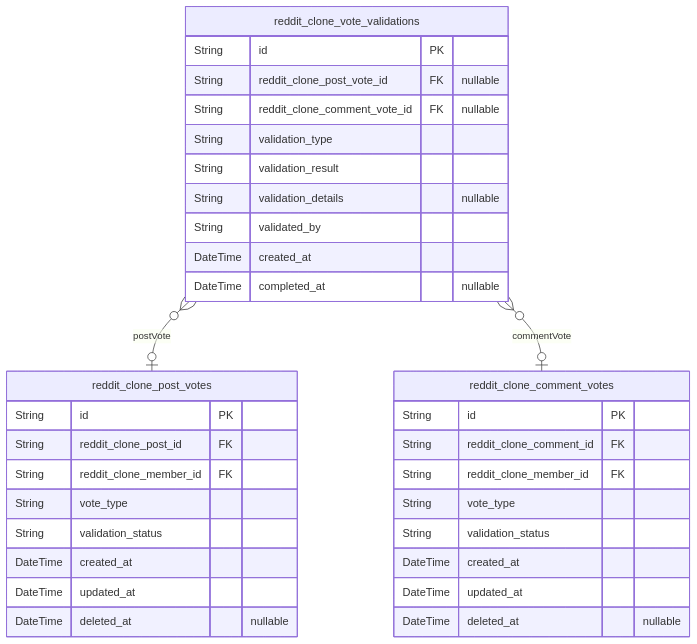
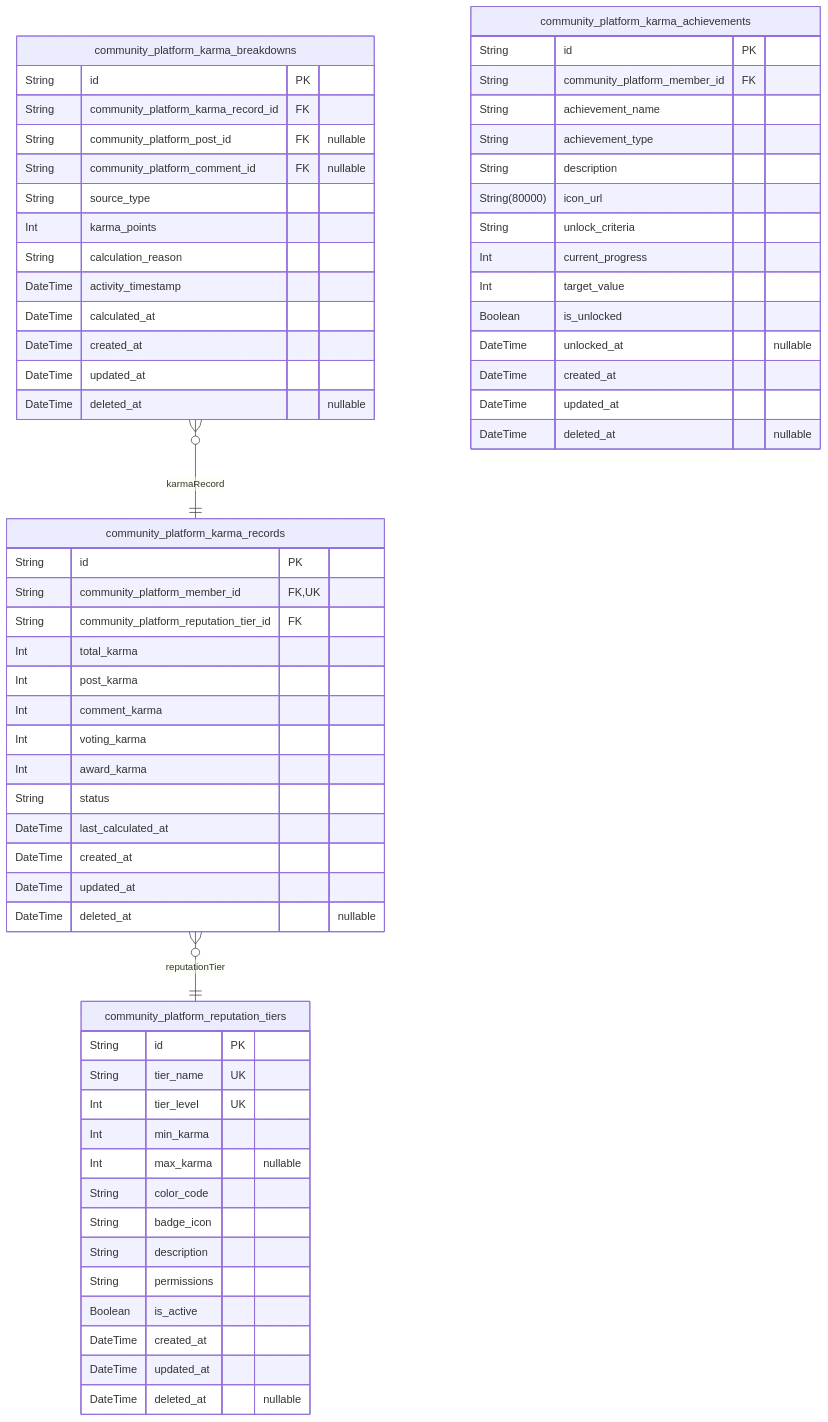
The sixth of 10 diagrams in deepseek/deepseek-v3.1-terminus-exacto/reddit/docs/ERD.md (wrtnlabs/autobe-examples), drawn with Mermaid before and after one commit. The commit also changed other lines of this file and 22498 other files, not shown here.

````diff
--- a/deepseek/deepseek-v3.1-terminus-exacto/reddit/docs/ERD.md
+++ b/deepseek/deepseek-v3.1-terminus-exacto/reddit/docs/ERD.md
@@ -746,36 +1274,65 @@
 ```mermaid
 erDiagram
-"reddit_clone_post_votes" {
+"community_platform_karma_records" {
   String id PK
-  String reddit_clone_post_id FK
-  String reddit_clone_member_id FK
-  String vote_type
-  String validation_status
+  String community_platform_member_id FK,UK
+  String community_platform_reputation_tier_id FK
+  Int total_karma
+  Int post_karma
+  Int comment_karma
+  Int voting_karma
+  Int award_karma
+  String status
+  DateTime last_calculated_at
   DateTime created_at
   DateTime updated_at
   DateTime deleted_at "nullable"
 }
-"reddit_clone_comment_votes" {
+"community_platform_karma_breakdowns" {
   String id PK
-  String reddit_clone_comment_id FK
-  String reddit_clone_member_id FK
-  String vote_type
-  String validation_status
+  String community_platform_karma_record_id FK
+  String community_platform_post_id FK "nullable"
+  String community_platform_comment_id FK "nullable"
+  String source_type
+  Int karma_points
+  String calculation_reason
+  DateTime activity_timestamp
+  DateTime calculated_at
   DateTime created_at
   DateTime updated_at
   DateTime deleted_at "nullable"
 }
-"reddit_clone_vote_validations" {
+"community_platform_reputation_tiers" {
   String id PK
-  String reddit_clone_post_vote_id FK "nullable"
-  String reddit_clone_comment_vote_id FK "nullable"
-  String validation_type
-  String validation_result
-  String validation_details "nullable"
-  String validated_by
+  String tier_name UK
+  Int tier_level UK
+  Int min_karma
+  Int max_karma "nullable"
+  String color_code
+  String badge_icon
+  String description
+  String permissions
+  Boolean is_active
   DateTime created_at
-  DateTime completed_at "nullable"
+  DateTime updated_at
+  DateTime deleted_at "nullable"
 }
-"reddit_clone_vote_validations" }o--o| "reddit_clone_post_votes" : postVote
-"reddit_clone_vote_validations" }o--o| "reddit_clone_comment_votes" : commentVote
+"community_platform_karma_achievements" {
+  String id PK
+  String community_platform_member_id FK
+  String achievement_name
+  String achievement_type
+  String description
+  String(80000) icon_url
+  String unlock_criteria
+  Int current_progress
+  Int target_value
+  Boolean is_unlocked
+  DateTime unlocked_at "nullable"
+  DateTime created_at
+  DateTime updated_at
+  DateTime deleted_at "nullable"
+}
+"community_platform_karma_records" }o--|| "community_platform_reputation_tiers" : reputationTier
+"community_platform_karma_breakdowns" }o--|| "community_platform_karma_records" : karmaRecord
 ```
````
